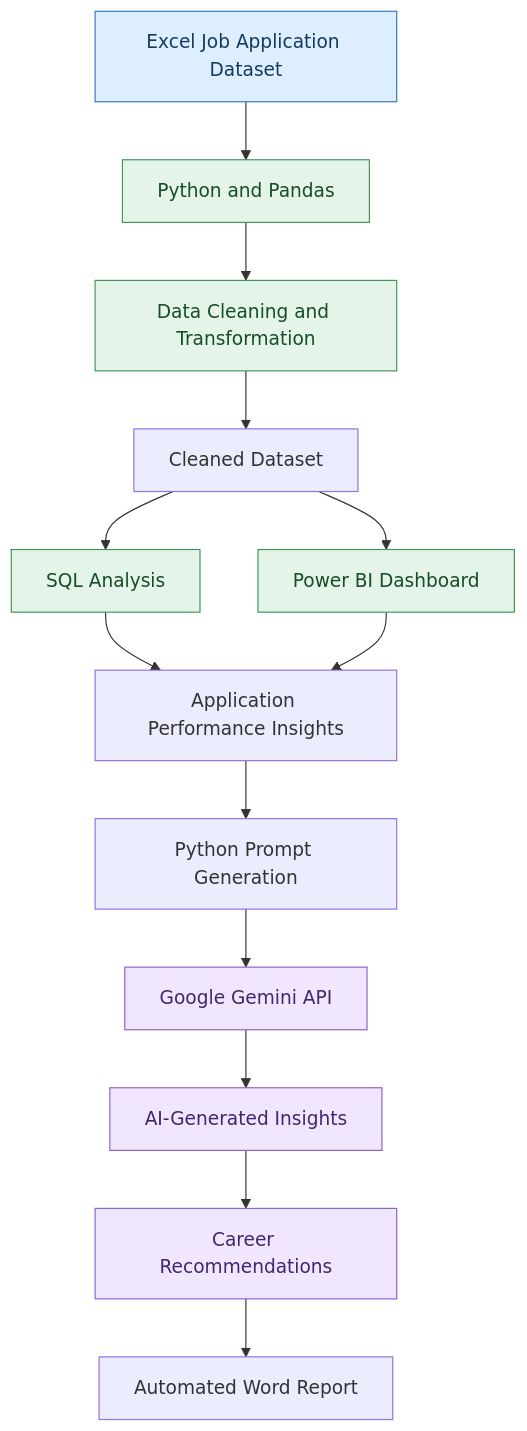
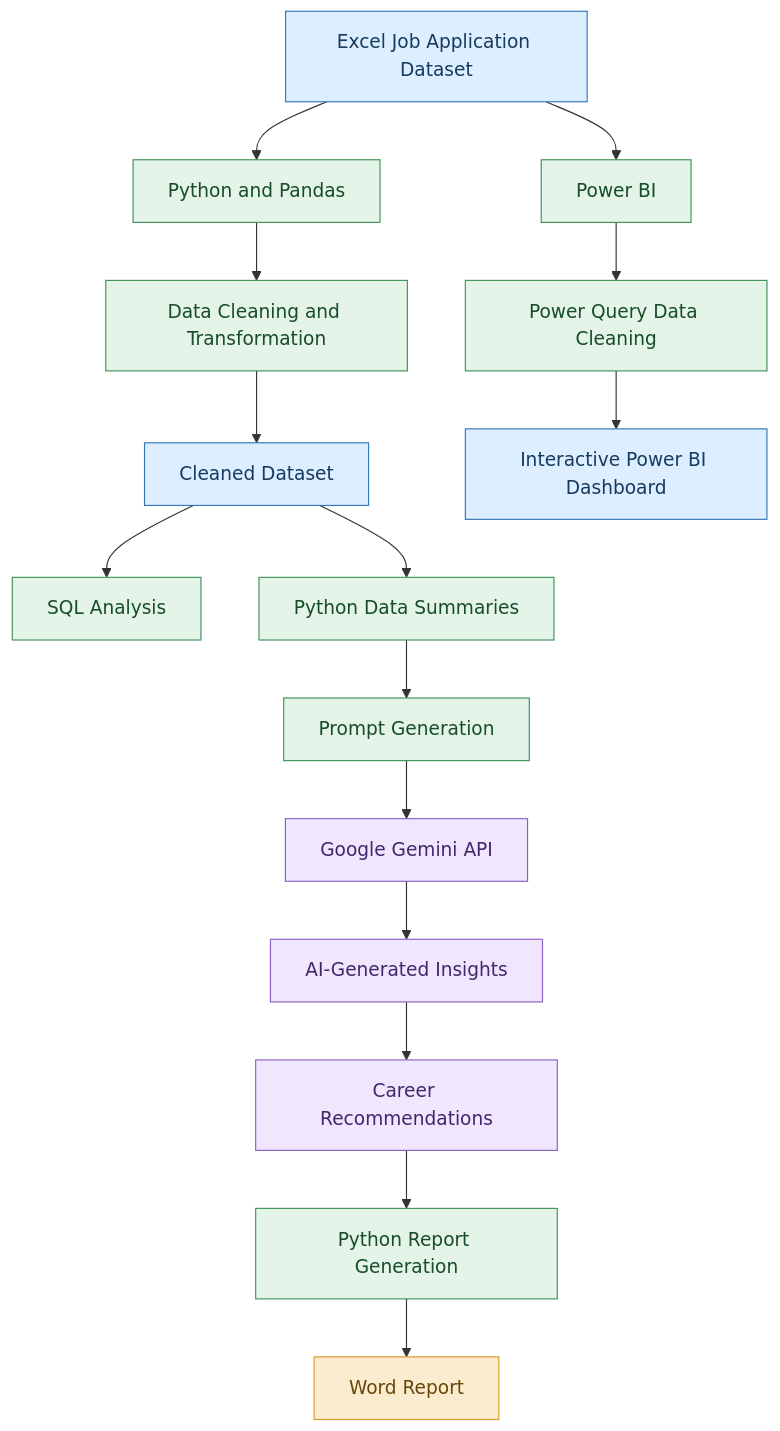
The diagram in AI Job Hunt Tracker.md (Syedmotahirhasan/AI-Job-Hunt-Tracker-), drawn with Mermaid before and after one commit.

Commit message:
Update AI Job Hunt Tracker.md

````diff
--- a/AI Job Hunt Tracker.md
+++ b/AI Job Hunt Tracker.md
@@ -60,31 +60,36 @@
 ```mermaid
 flowchart TD
     A["Excel Job Application Dataset"] --> B["Python and Pandas"]
     B --> C["Data Cleaning and Transformation"]
     C --> D["Cleaned Dataset"]
 
     D --> E["SQL Analysis"]
-    D --> F["Power BI Dashboard"]
 
-    E --> G["Application Performance Insights"]
-    F --> G
+    A --> F["Power BI"]
+    F --> G["Power Query Data Cleaning"]
+    G --> H["Interactive Power BI Dashboard"]
 
-    G --> H["Python Prompt Generation"]
-    H --> I["Google Gemini API"]
-
-    I --> J["AI-Generated Insights"]
-    J --> K["Career Recommendations"]
-    K --> L["Automated Word Report"]
-
-  
+    D --> I["Python Data Summaries"]
+    I --> J["Prompt Generation"]
+    J --> K["Google Gemini API"]
+    K --> L["AI-Generated Insights"]
+    L --> M["Career Recommendations"]
+    M --> N["Python Report Generation"]
+    N --> O["Word Report"]
 
     style A fill:#DCEEFF,stroke:#3478B8,color:#173B5E
     style B fill:#E5F4E8,stroke:#40945A,color:#174D29
     style C fill:#E5F4E8,stroke:#40945A,color:#174D29
+    style D fill:#DCEEFF,stroke:#3478B8,color:#173B5E
     style E fill:#E5F4E8,stroke:#40945A,color:#174D29
     style F fill:#E5F4E8,stroke:#40945A,color:#174D29
-    style I fill:#F0E7FF,stroke:#8961C5,color:#42276D
-    style J fill:#F0E7FF,stroke:#8961C5,color:#42276D
+    style G fill:#E5F4E8,stroke:#40945A,color:#174D29
+    style H fill:#DCEEFF,stroke:#3478B8,color:#173B5E
+    style I fill:#E5F4E8,stroke:#40945A,color:#174D29
+    style J fill:#E5F4E8,stroke:#40945A,color:#174D29
     style K fill:#F0E7FF,stroke:#8961C5,color:#42276D
-    
+    style L fill:#F0E7FF,stroke:#8961C5,color:#42276D
+    style M fill:#F0E7FF,stroke:#8961C5,color:#42276D
+    style N fill:#E5F4E8,stroke:#40945A,color:#174D29
+    style O fill:#FCECCF,stroke:#D69A28,color:#694609
 ```
````
